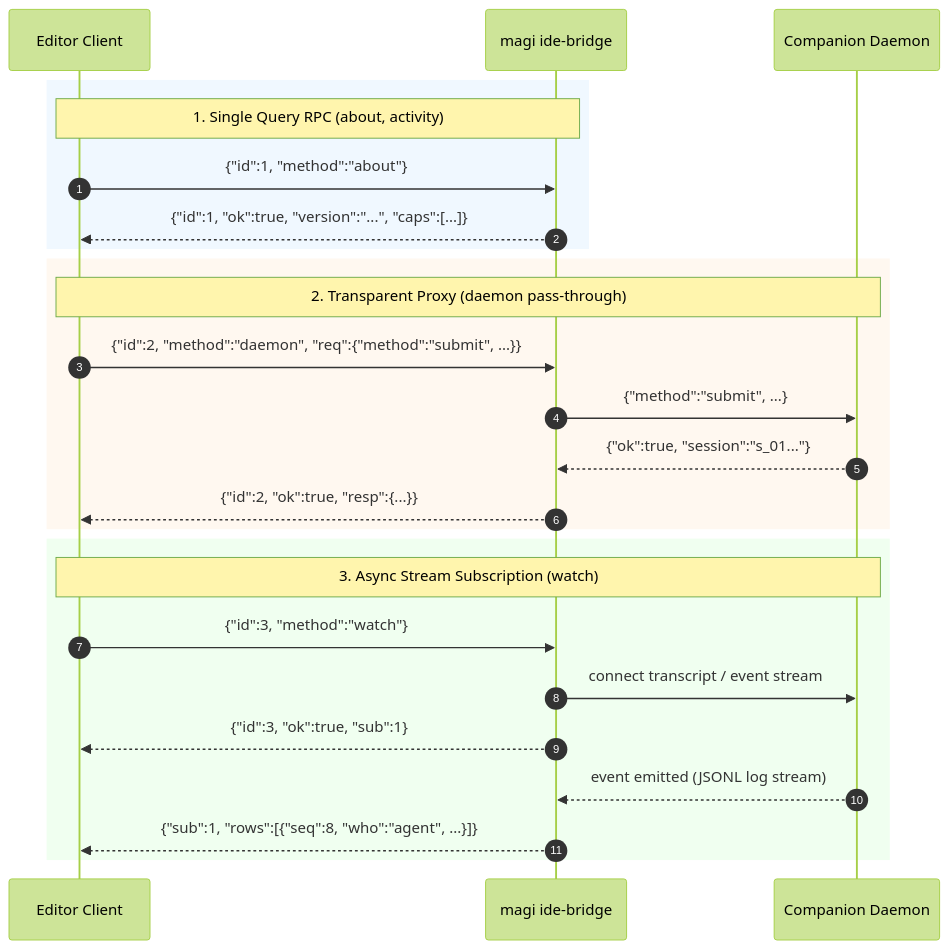
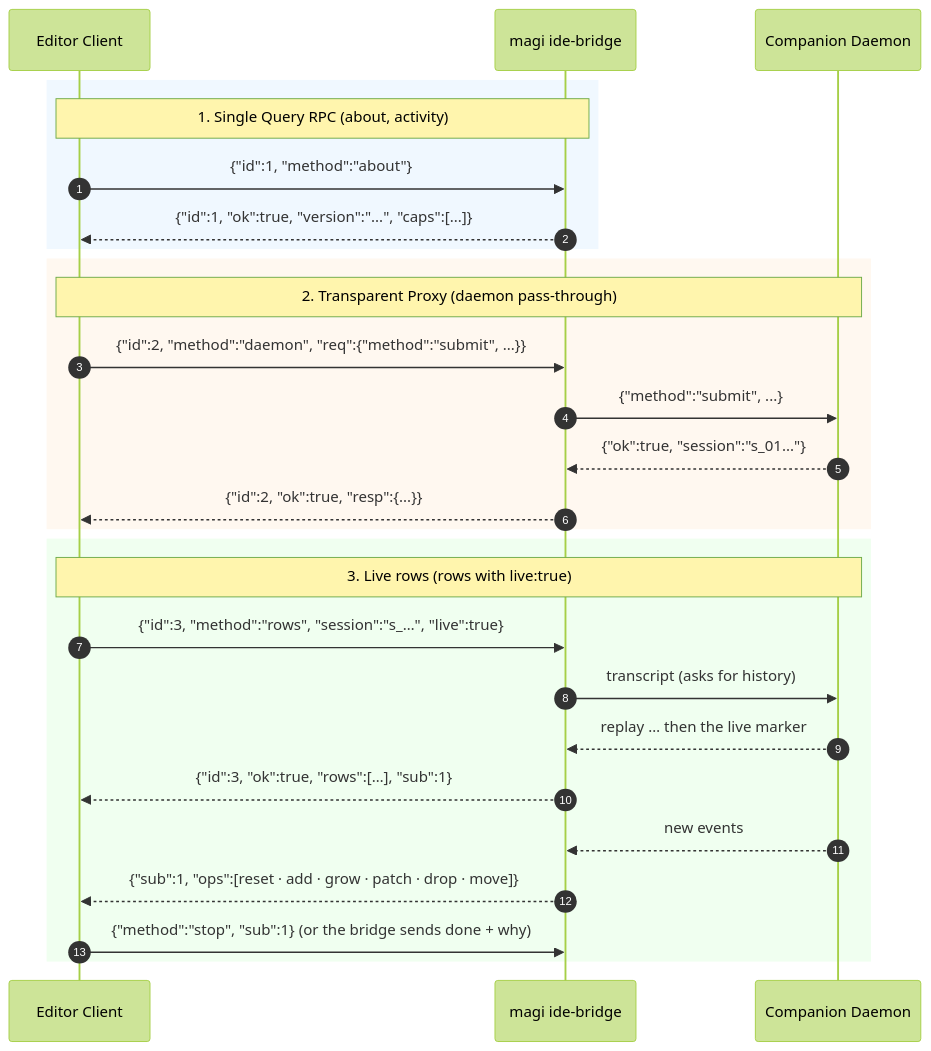
The second of 2 diagrams in docs/IDE_BRIDGE.md (sayaya1090/magi), drawn with Mermaid (forest theme) before and after one commit. The commit also changed other lines of this file and 1 other file, not shown here.

Commit message:
docs(ide-bridge): 예시와 도표의 세 번째 흐름이 없는 메서드 watch 였다 — rows live 로
브리지에는 watch 메서드가 없다(about·activity·rows·stop·daemon). 스트림 구독 예시와
시퀀스 도표가 {"method":"watch"} 와 rows 프레임을 보이고 있었는데, 지금 모양은
rows{session, live:true} → rows·events·sub 한 번 → {"sub",ops:[…]} 프레임 → stop(또는
done+why)이다. 필드 이름(op·id·text·events·sub)은 live.go·live_door.go 에서 확인했다(영/한).

````diff
--- a/docs/IDE_BRIDGE.md
+++ b/docs/IDE_BRIDGE.md
@@ -316,30 +317,32 @@
 ```mermaid
 sequenceDiagram
     autonumber
     participant Editor as Editor Client
     participant Bridge as magi ide-bridge
     participant Daemon as Companion Daemon
 
     rect rgb(240, 248, 255)
     Note over Editor,Bridge: 1. Single Query RPC (about, activity)
     Editor->>Bridge: {"id":1, "method":"about"}
     Bridge-->>Editor: {"id":1, "ok":true, "version":"...", "caps":[...]}
     end
 
     rect rgb(255, 248, 240)
     Note over Editor,Daemon: 2. Transparent Proxy (daemon pass-through)
     Editor->>Bridge: {"id":2, "method":"daemon", "req":{"method":"submit", ...}}
     Bridge->>Daemon: {"method":"submit", ...}
     Daemon-->>Bridge: {"ok":true, "session":"s_01..."}
     Bridge-->>Editor: {"id":2, "ok":true, "resp":{...}}
     end
 
     rect rgb(240, 255, 240)
-    Note over Editor,Daemon: 3. Async Stream Subscription (watch)
-    Editor->>Bridge: {"id":3, "method":"watch"}
-    Bridge->>Daemon: connect transcript / event stream
-    Bridge-->>Editor: {"id":3, "ok":true, "sub":1}
-    Daemon-->>Bridge: event emitted (JSONL log stream)
-    Bridge-->>Editor: {"sub":1, "rows":[{"seq":8, "who":"agent", ...}]}
+    Note over Editor,Daemon: 3. Live rows (rows with live:true)
+    Editor->>Bridge: {"id":3, "method":"rows", "session":"s_…", "live":true}
+    Bridge->>Daemon: transcript (asks for history)
+    Daemon-->>Bridge: replay … then the live marker
+    Bridge-->>Editor: {"id":3, "ok":true, "rows":[…], "sub":1}
+    Daemon-->>Bridge: new events
+    Bridge-->>Editor: {"sub":1, "ops":[reset · add · grow · patch · drop · move]}
+    Editor->>Bridge: {"method":"stop", "sub":1}  (or the bridge sends done + why)
     end
 ```
````
